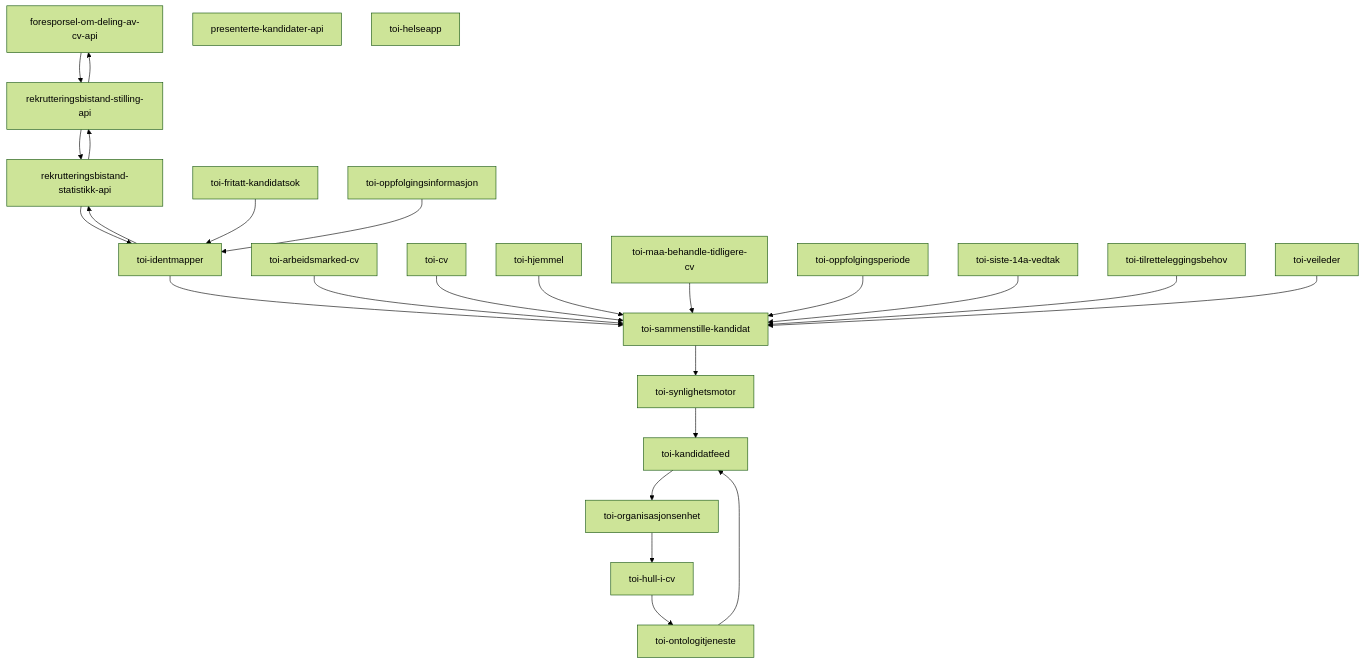
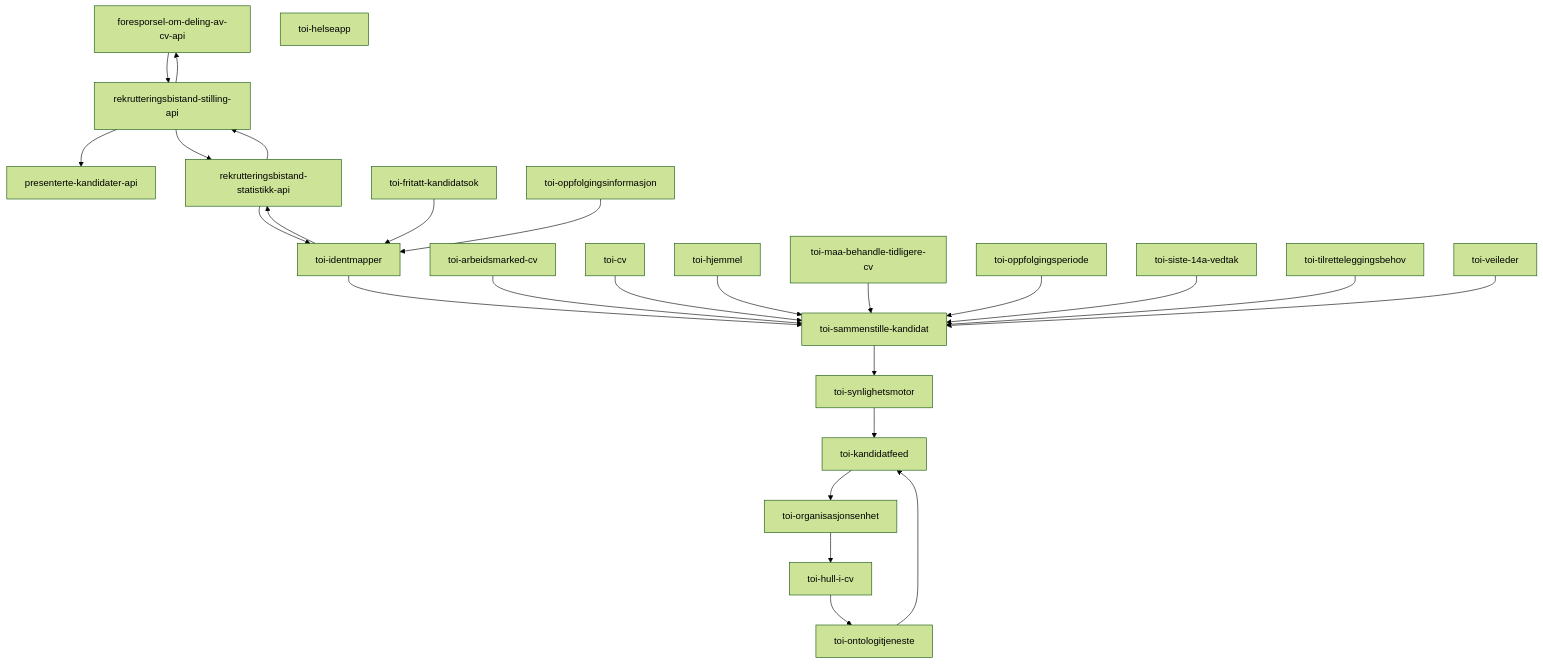
One commit to navikt/toi-rapids-and-rivers-grapher changed the diagram in README.md. Above: the diagram before and after it, drawn with Mermaid (forest theme).

Commit message:
Oppdaterer med presenterte-kandidater-api sine meldinger og

````diff
--- a/README.md
+++ b/README.md
@@ -4,28 +4,28 @@
 ```mermaid
 graph TD;
 foresporsel-om-deling-av-cv-api --> rekrutteringsbistand-stilling-api;
-presenterte-kandidater-api;
 rekrutteringsbistand-statistikk-api --> rekrutteringsbistand-stilling-api;
 rekrutteringsbistand-statistikk-api --> toi-identmapper;
 rekrutteringsbistand-stilling-api --> foresporsel-om-deling-av-cv-api;
+rekrutteringsbistand-stilling-api --> presenterte-kandidater-api;
 rekrutteringsbistand-stilling-api --> rekrutteringsbistand-statistikk-api;
 toi-arbeidsmarked-cv --> toi-sammenstille-kandidat;
 toi-cv --> toi-sammenstille-kandidat;
 toi-fritatt-kandidatsok --> toi-identmapper;
 toi-helseapp;
 toi-hjemmel --> toi-sammenstille-kandidat;
 toi-hull-i-cv --> toi-ontologitjeneste;
 toi-identmapper --> rekrutteringsbistand-statistikk-api;
 toi-identmapper --> toi-sammenstille-kandidat;
 toi-kandidatfeed --> toi-organisasjonsenhet;
 toi-maa-behandle-tidligere-cv --> toi-sammenstille-kandidat;
 toi-ontologitjeneste --> toi-kandidatfeed;
 toi-oppfolgingsinformasjon --> toi-identmapper;
 toi-oppfolgingsperiode --> toi-sammenstille-kandidat;
 toi-organisasjonsenhet --> toi-hull-i-cv;
 toi-sammenstille-kandidat --> toi-synlighetsmotor;
 toi-siste-14a-vedtak --> toi-sammenstille-kandidat;
 toi-synlighetsmotor --> toi-kandidatfeed;
 toi-tilretteleggingsbehov --> toi-sammenstille-kandidat;
 toi-veileder --> toi-sammenstille-kandidat;
 ```
````
